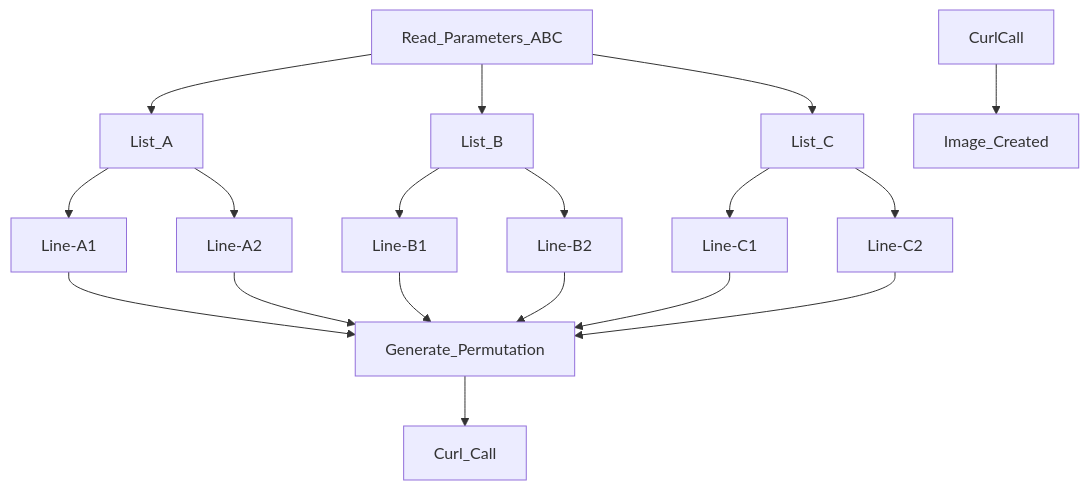
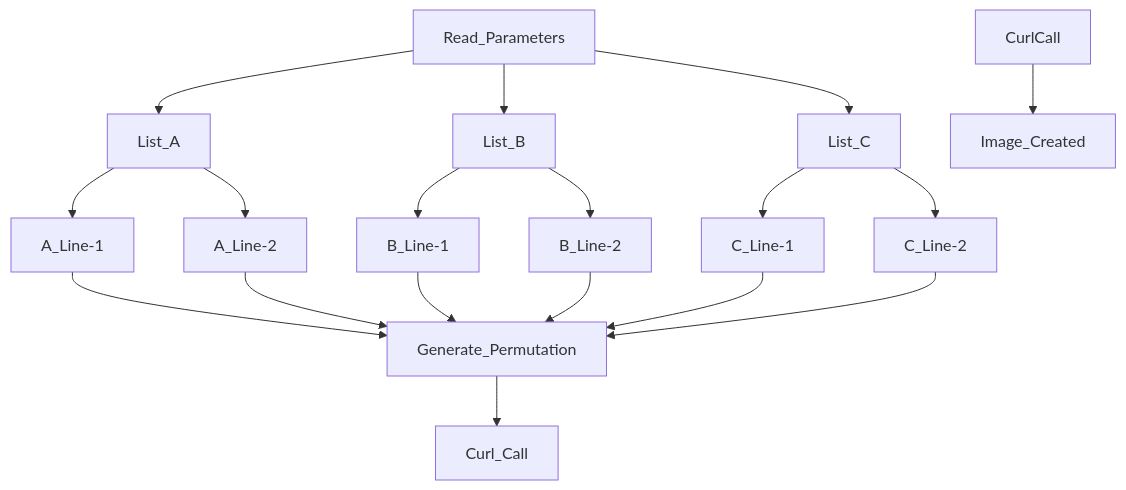
The diagram in README.md (daedon/Fooocus-API-XYZ), drawn with Mermaid before and after one commit.

````diff
--- a/README.md
+++ b/README.md
@@ -144,21 +144,21 @@
 ```mermaid
 graph TD;
-    Read_Parameters_ABC-->List_A;
-    Read_Parameters_ABC-->List_B;
-    Read_Parameters_ABC-->List_C;
-    List_A-->Line-A1;
-    List_A-->Line-A2;
-    List_B-->Line-B1;
-    List_B-->Line-B2;
-    List_C-->Line-C1;
-    List_C-->Line-C2;
+    Read_Parameters-->List_A;
+    Read_Parameters-->List_B;
+    Read_Parameters-->List_C;
+    List_A-->A_Line-1;
+    List_A-->A_Line-2;
+    List_B-->B_Line-1;
+    List_B-->B_Line-2;
+    List_C-->C_Line-1;
+    List_C-->C_Line-2;
 
-    Line-A1-->Generate_Permutation;
-    Line-A2-->Generate_Permutation;
-    Line-B1-->Generate_Permutation;
-    Line-B2-->Generate_Permutation;
-    Line-C1-->Generate_Permutation;
-    Line-C2-->Generate_Permutation;
+    A_Line-1-->Generate_Permutation;
+    A_Line-2-->Generate_Permutation;
+    B_Line-1-->Generate_Permutation;
+    B_Line-2-->Generate_Permutation;
+    C_Line-1-->Generate_Permutation;
+    C_Line-2-->Generate_Permutation;
     Generate_Permutation-->Curl_Call;
     CurlCall-->Image_Created;
 ```
````
